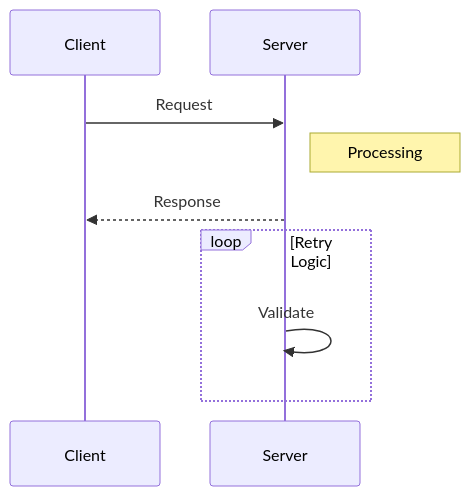
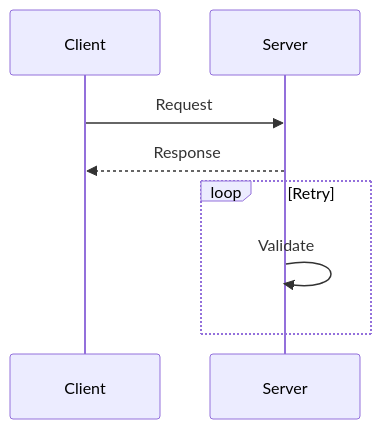
The second of 2 diagrams in rules/mermaid-rules.mdc (reloveution/dart-flutter-rules), drawn with Mermaid before and after one commit. The commit also changed other lines of this file and 23 other files, not shown here.

````diff
--- a/rules/mermaid-rules.mdc
+++ b/rules/mermaid-rules.mdc
@@ -36,12 +28,10 @@
 ```mermaid
 sequenceDiagram
     participant A as Client
     participant B as Server
-    
     A->>B: Request
-    Note right of B: Processing
     B-->>A: Response
-    loop Retry Logic
+    loop Retry
         B->>B: Validate
     end
 ```
````
